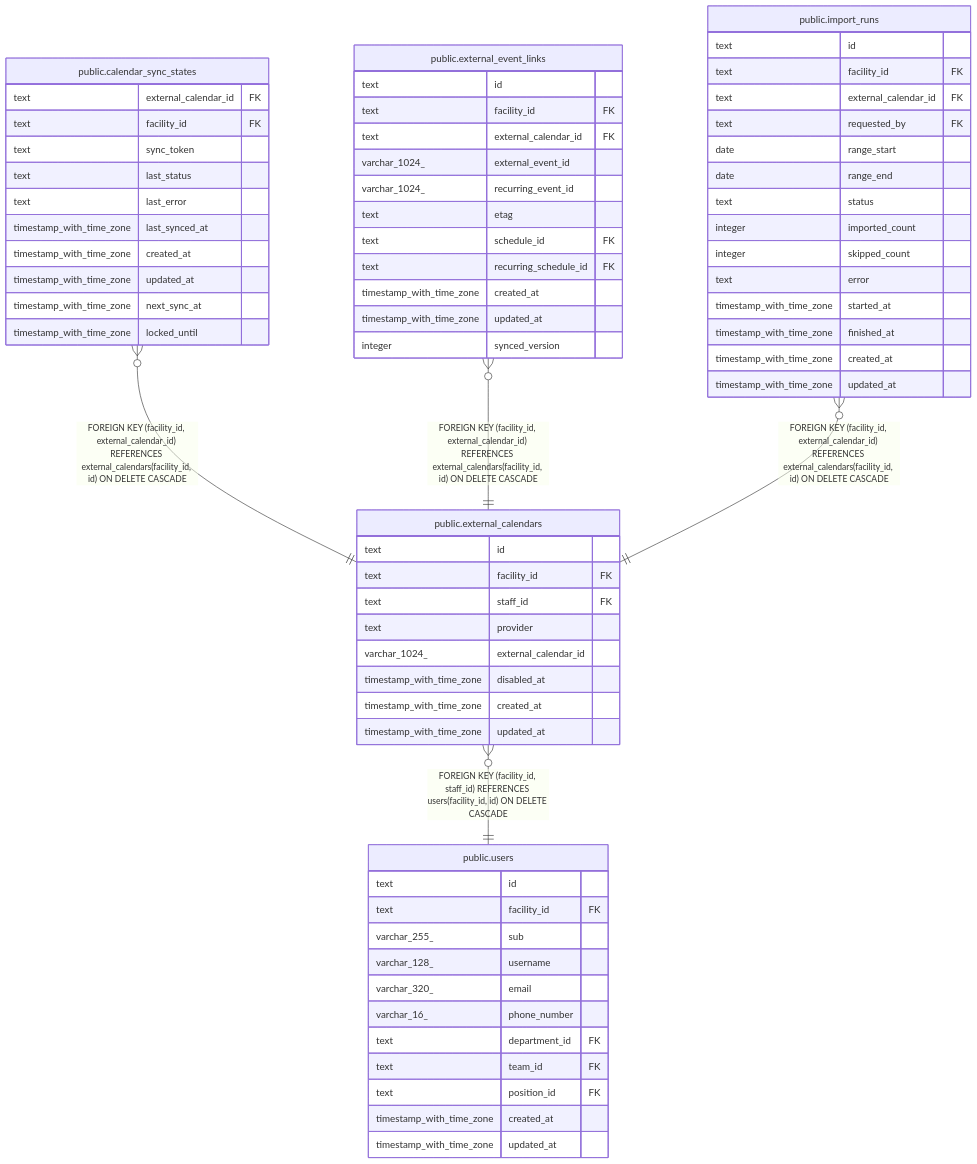
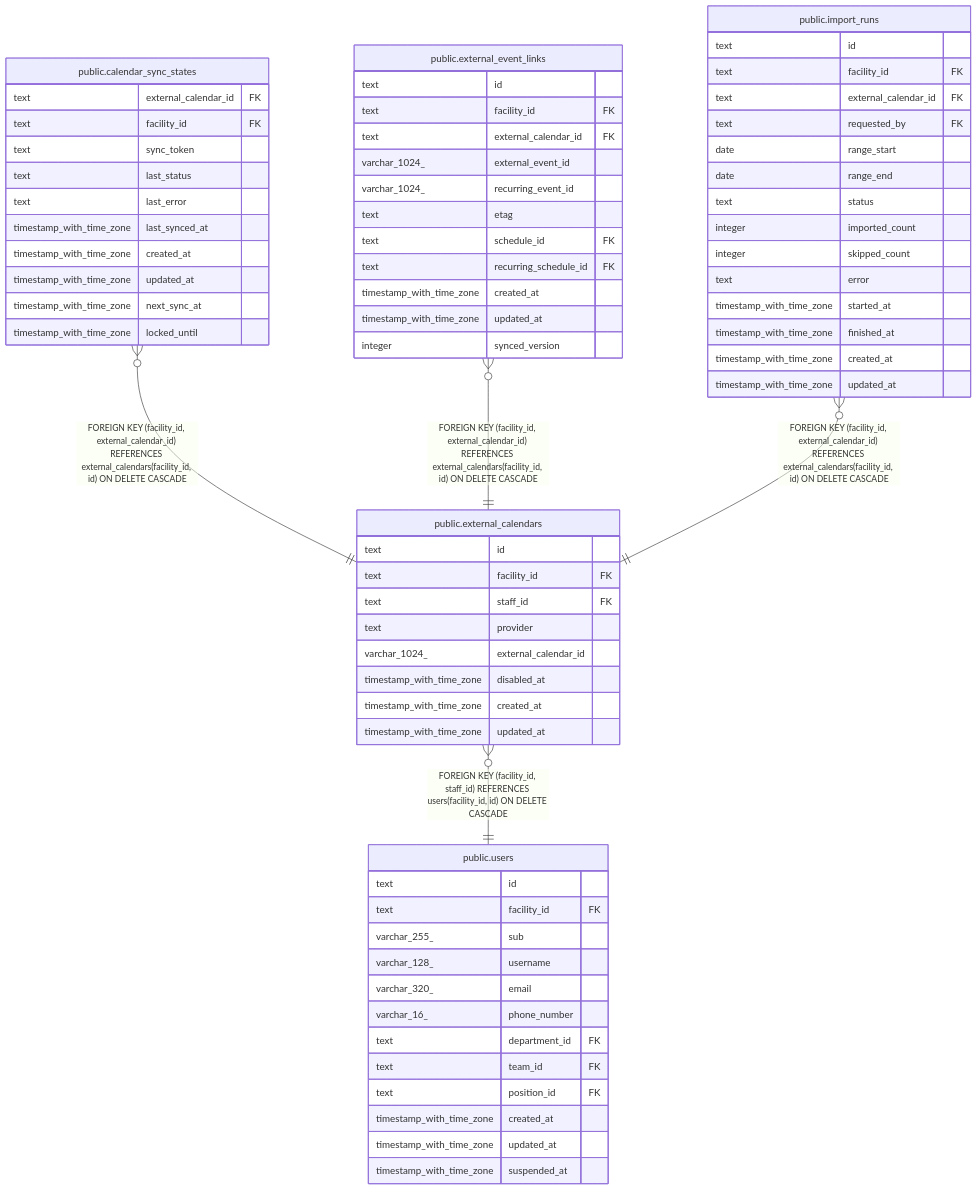
The diagram in docs/db/schedule/public.external_calendars.md (Fukuemon/buddy), drawn with Mermaid before and after one commit. The commit also changed 35 other files, not shown here.

````diff
--- a/docs/db/schedule/public.external_calendars.md
+++ b/docs/db/schedule/public.external_calendars.md
@@ -62,73 +62,74 @@
 ```mermaid
 erDiagram
 
 "public.calendar_sync_states" }o--|| "public.external_calendars" : "FOREIGN KEY (facility_id, external_calendar_id) REFERENCES external_calendars(facility_id, id) ON DELETE CASCADE"
 "public.external_event_links" }o--|| "public.external_calendars" : "FOREIGN KEY (facility_id, external_calendar_id) REFERENCES external_calendars(facility_id, id) ON DELETE CASCADE"
 "public.import_runs" }o--|| "public.external_calendars" : "FOREIGN KEY (facility_id, external_calendar_id) REFERENCES external_calendars(facility_id, id) ON DELETE CASCADE"
 "public.external_calendars" }o--|| "public.users" : "FOREIGN KEY (facility_id, staff_id) REFERENCES users(facility_id, id) ON DELETE CASCADE"
 
 "public.external_calendars" {
   text id
   text facility_id FK
   text staff_id FK
   text provider
   varchar_1024_ external_calendar_id
   timestamp_with_time_zone disabled_at
   timestamp_with_time_zone created_at
   timestamp_with_time_zone updated_at
 }
 "public.calendar_sync_states" {
   text external_calendar_id FK
   text facility_id FK
   text sync_token
   text last_status
   text last_error
   timestamp_with_time_zone last_synced_at
   timestamp_with_time_zone created_at
   timestamp_with_time_zone updated_at
   timestamp_with_time_zone next_sync_at
   timestamp_with_time_zone locked_until
 }
 "public.external_event_links" {
   text id
   text facility_id FK
   text external_calendar_id FK
   varchar_1024_ external_event_id
   varchar_1024_ recurring_event_id
   text etag
   text schedule_id FK
   text recurring_schedule_id FK
   timestamp_with_time_zone created_at
   timestamp_with_time_zone updated_at
   integer synced_version
 }
 "public.import_runs" {
   text id
   text facility_id FK
   text external_calendar_id FK
   text requested_by FK
   date range_start
   date range_end
   text status
   integer imported_count
   integer skipped_count
   text error
   timestamp_with_time_zone started_at
   timestamp_with_time_zone finished_at
   timestamp_with_time_zone created_at
   timestamp_with_time_zone updated_at
 }
 "public.users" {
   text id
   text facility_id FK
   varchar_255_ sub
   varchar_128_ username
   varchar_320_ email
   varchar_16_ phone_number
   text department_id FK
   text team_id FK
   text position_id FK
   timestamp_with_time_zone created_at
   timestamp_with_time_zone updated_at
+  timestamp_with_time_zone suspended_at
 }
 ```
````
